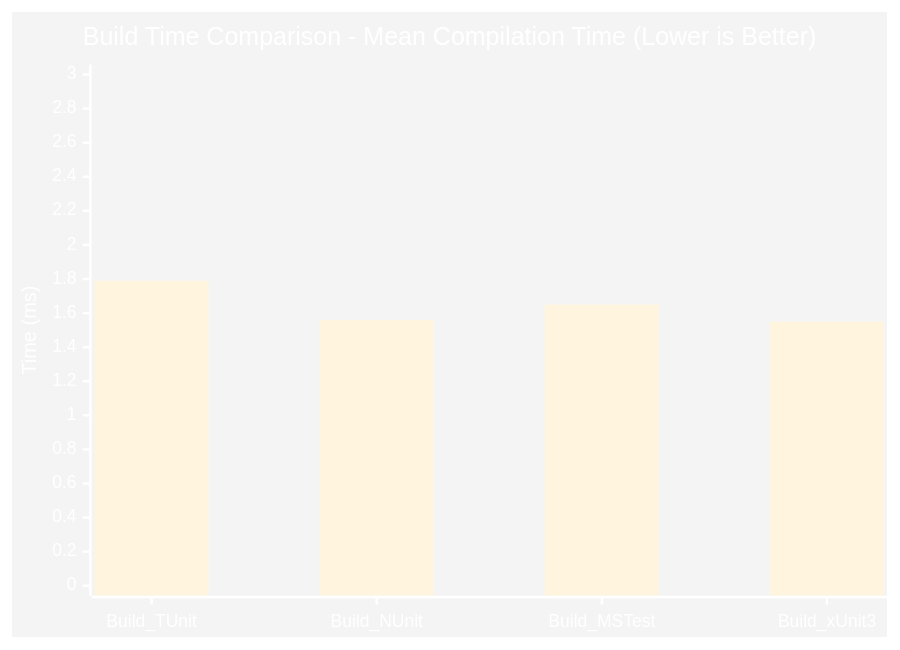
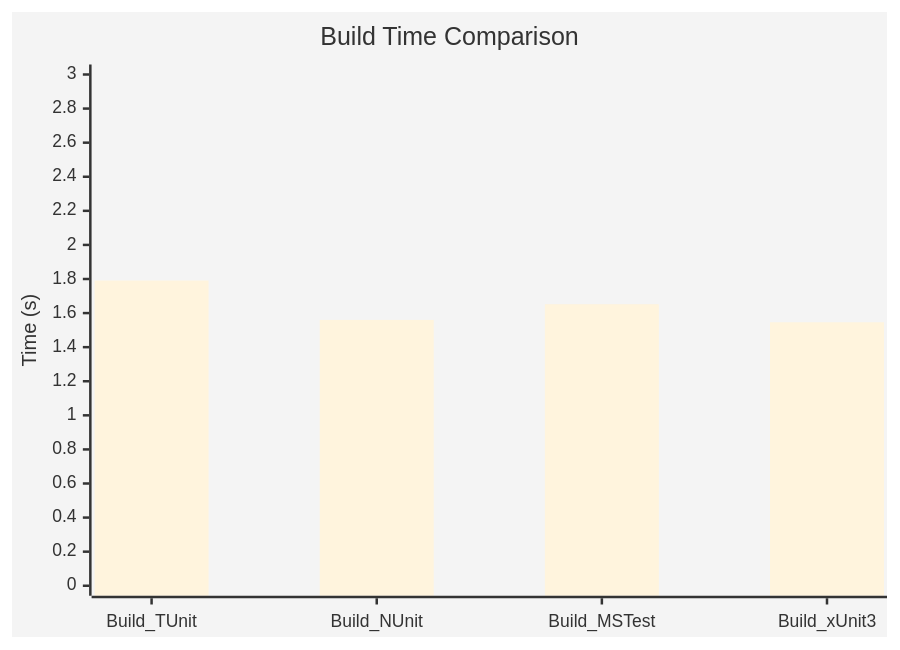
The sixth of 6 diagrams in docs/docs/benchmarks/index.md (thomhurst/TUnit), drawn with Mermaid before and after one commit. The commit also changed other lines of this file and 8 other files, not shown here.

````diff
--- a/docs/docs/benchmarks/index.md
+++ b/docs/docs/benchmarks/index.md
@@ -59,8 +131,8 @@
 ```mermaid
-%%{init: {"theme": "base", "themeVariables": {"primaryColor": "#4CAF50", "primaryTextColor": "#fff", "primaryBorderColor": "#2E7D32", "lineColor": "#2E7D32", "secondaryColor": "#FFC107", "tertiaryColor": "#2196F3"}}}%%
+%%{init: {'theme':'base'}}%%
 xychart-beta
-  title "Build Time Comparison - Mean Compilation Time (Lower is Better)"
+  title "Build Time Comparison"
   x-axis ["Build_TUnit", "Build_NUnit", "Build_MSTest", "Build_xUnit3"]
-  y-axis "Time (ms)" 0 --> 3
-  bar [1.79, 1.56, 1.65, 1.55]
+  y-axis "Time (s)" 0 --> 3
+  bar [1.791, 1.56, 1.652, 1.546]
 ```
````
